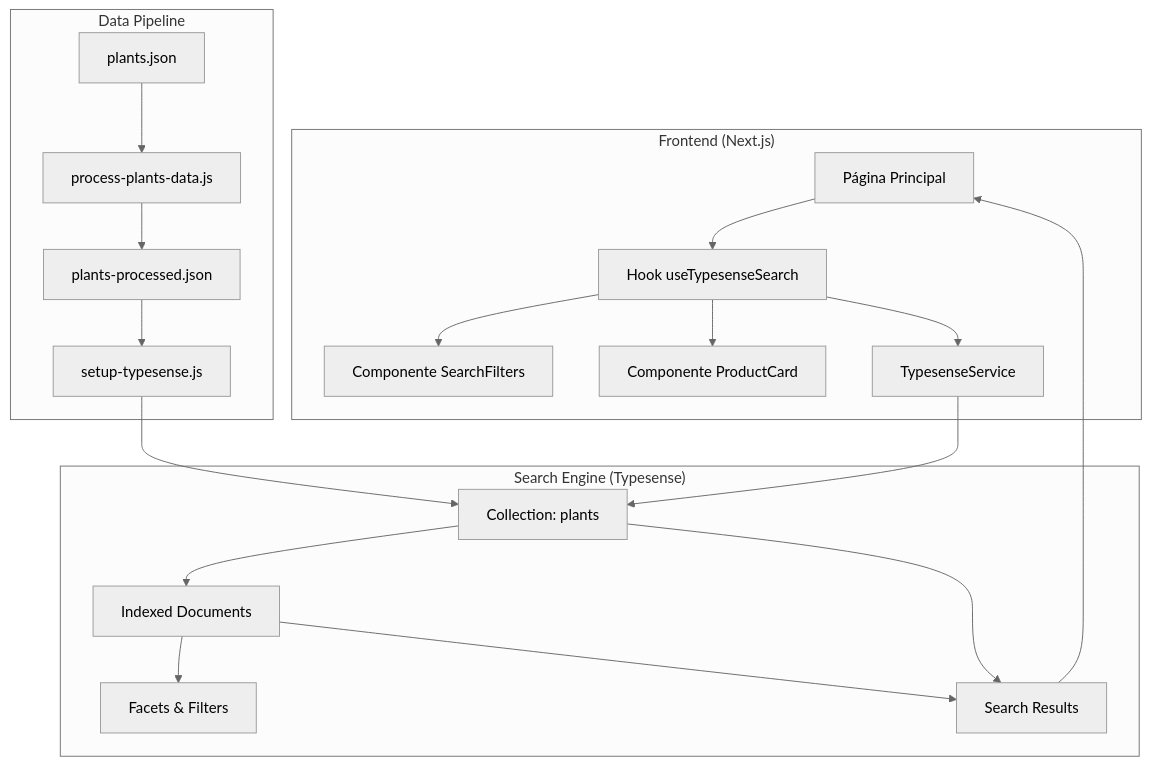
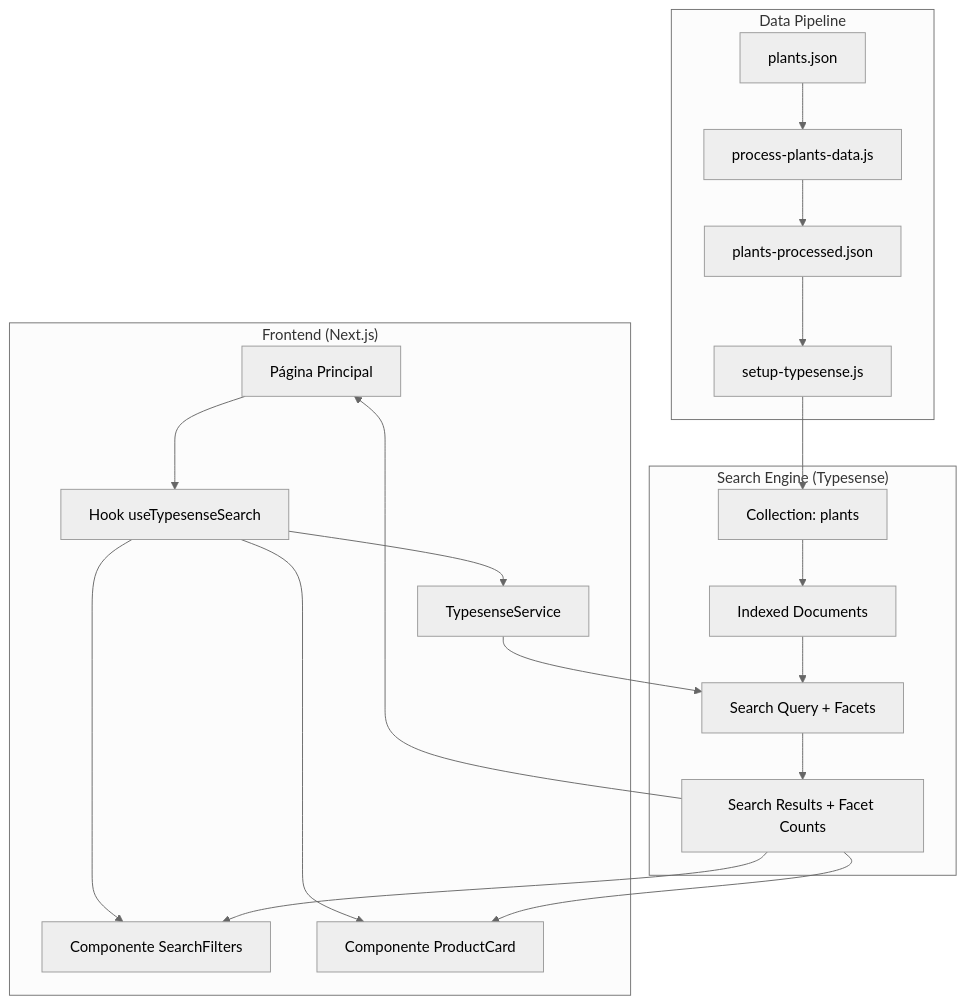
One commit to Guidotss/typesense-poc changed the first of 4 diagrams in README.md. Above: the diagram before and after it, drawn with Mermaid (neutral theme). The commit also changed other lines of this file, not shown here.

Commit message:
Update README.md to enhance clarity on the Typesense search engine's data flow and features, including diagram adjustments and detailed descriptions of facet calculations and filtering capabilities.

````diff
--- a/README.md
+++ b/README.md
@@ -3,26 +3,27 @@
 ```mermaid
 graph TB
     subgraph "Frontend (Next.js)"
         A[Página Principal] --> B[Hook useTypesenseSearch]
         B --> C[Componente SearchFilters]
         B --> D[Componente ProductCard]
         B --> E[TypesenseService]
     end
     
     subgraph "Search Engine (Typesense)"
         F[Collection: plants] --> G[Indexed Documents]
-        G --> H[Facets & Filters]
-        G --> I[Search Results]
+        G --> H[Search Query + Facets]
+        H --> I[Search Results + Facet Counts]
     end
     
     subgraph "Data Pipeline"
         J[plants.json] --> K[process-plants-data.js]
         K --> L[plants-processed.json]
         L --> M[setup-typesense.js]
         M --> F
     end
     
-    E --> F
-    F --> I
+    E --> H
+    I --> C
+    I --> D
     I --> A
 ```
````
